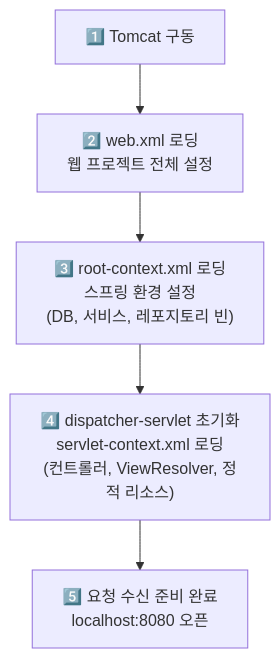
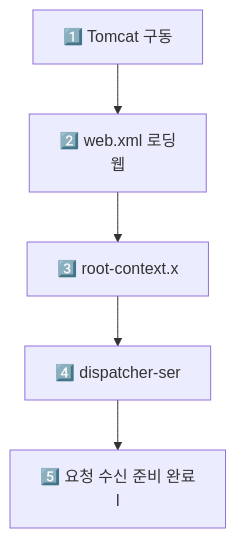
The second of 5 diagrams in _posts/spring/2020-08-10-스프링 동작 구조.md (yjkim2015/yjkim2015.github.io), drawn with Mermaid before and after one commit. The commit also changed other lines of this file and 271 other files, not shown here.

First line of the commit message:
Mermaid 라벨 축소: 긴 노드 텍스트 18자 이하로 트림 + \n 제거

````diff
--- a/_posts/spring/2020-08-10-스프링 동작 구조.md
+++ b/_posts/spring/2020-08-10-스프링 동작 구조.md
@@ -40,9 +40,9 @@
 ```mermaid
 graph TD
     START["1️⃣ Tomcat 구동"]
-    WEBXML["2️⃣ web.xml 로딩\n웹 프로젝트 전체 설정"]
-    ROOT["3️⃣ root-context.xml 로딩\n스프링 환경 설정\n(DB, 서비스, 레포지토리 빈)"]
-    SERVLET["4️⃣ dispatcher-servlet 초기화\nservlet-context.xml 로딩\n(컨트롤러, ViewResolver, 정적 리소스)"]
-    READY["5️⃣ 요청 수신 준비 완료\nlocalhost:8080 오픈"]
+    WEBXML["2️⃣ web.xml 로딩\n웹"]
+    ROOT["3️⃣ root-context.x"]
+    SERVLET["4️⃣ dispatcher-ser"]
+    READY["5️⃣ 요청 수신 준비 완료\nl"]
     START --> WEBXML --> ROOT --> SERVLET --> READY
 ```
````
